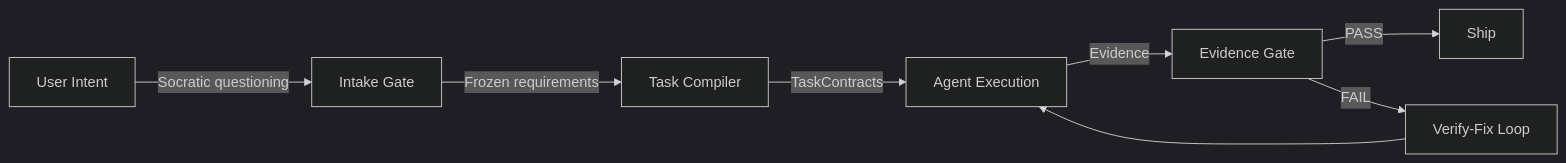
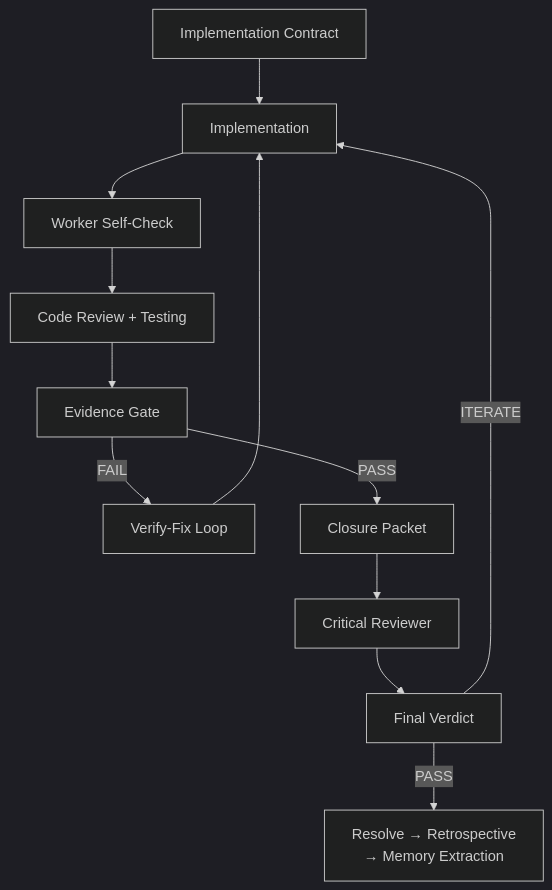
Before and after one commit to choam2426/geas: the second of 2 diagrams in README.md, drawn with Mermaid (dark theme). The commit also changed other lines of this file and 1 other file, not shown here.

Commit message:
docs: update diagrams — 4-phase flow + per-task pipeline (en+ko)

````diff
--- a/README.md
+++ b/README.md
@@ -79,10 +96,14 @@
 ```mermaid
-graph LR
-    A[User Intent] -->|Socratic questioning| B[Intake Gate]
-    B -->|Frozen requirements| C[Task Compiler]
-    C -->|TaskContracts| D[Agent Execution]
-    D -->|Evidence| E[Evidence Gate]
-    E -->|PASS| F[Ship]
-    E -->|FAIL| G[Verify-Fix Loop]
-    G --> D
+graph TD
+    A[Implementation Contract] --> B[Implementation]
+    B --> C[Worker Self-Check]
+    C --> D[Code Review + Testing]
+    D --> E[Evidence Gate]
+    E -->|FAIL| F[Verify-Fix Loop]
+    F --> B
+    E -->|PASS| G[Closure Packet]
+    G --> H[Critical Reviewer]
+    H --> I[Final Verdict]
+    I -->|PASS| J[Resolve → Retrospective\n→ Memory Extraction]
+    I -->|ITERATE| B
 ```
````
